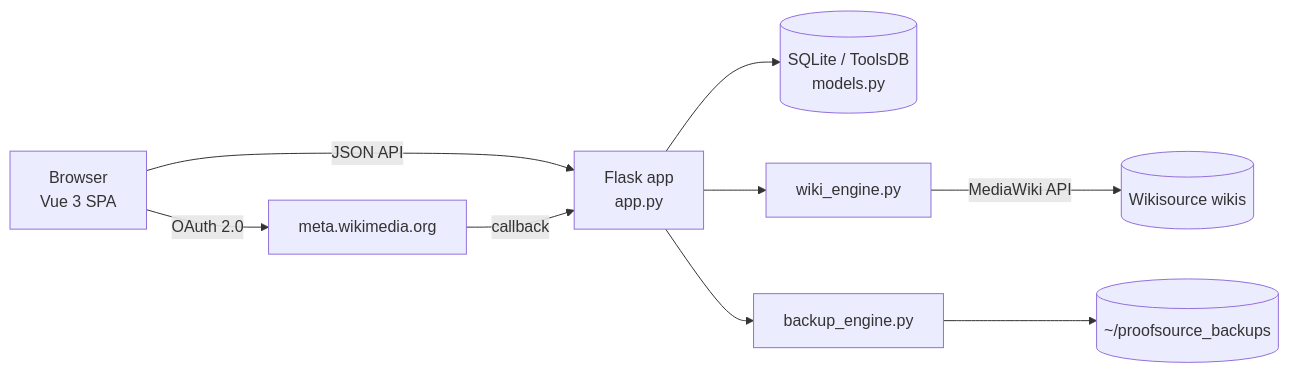
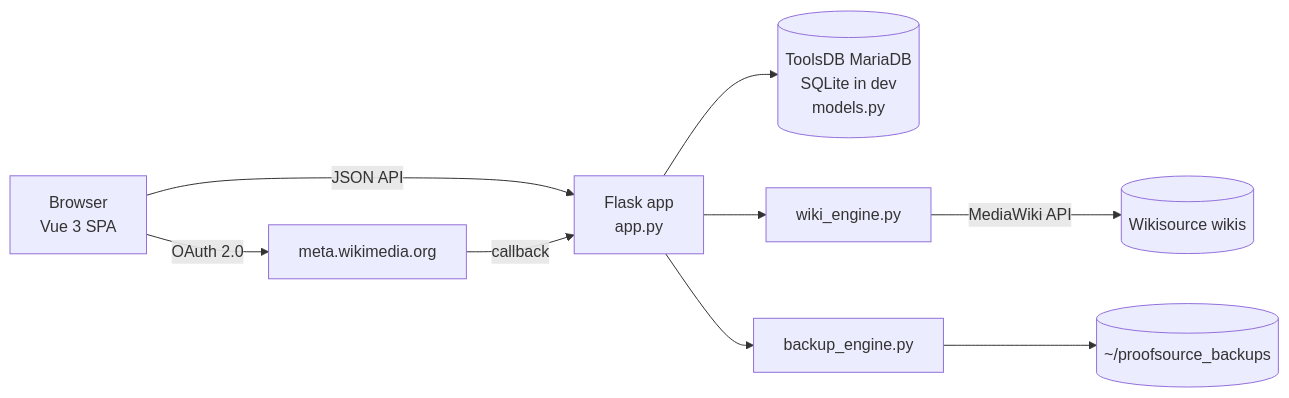
One commit to MSSakib03/ProofSource changed the first of 2 diagrams in ARCHITECTURE.md. Above: the diagram before and after it, drawn with Mermaid. The commit also changed other lines of this file and 7 other files, not shown here.

````diff
--- a/ARCHITECTURE.md
+++ b/ARCHITECTURE.md
@@ -41,11 +41,11 @@
 ```mermaid
 flowchart LR
     U[Browser<br/>Vue 3 SPA] -- JSON API --> F[Flask app<br/>app.py]
-    F --> DB[(SQLite / ToolsDB<br/>models.py)]
+    F --> DB[(ToolsDB MariaDB<br/>SQLite in dev<br/>models.py)]
     F --> W[wiki_engine.py]
     W -- MediaWiki API --> WS[(Wikisource wikis)]
     F --> B[backup_engine.py]
     B --> BK[(~/proofsource_backups)]
     U -- OAuth 2.0 --> M[meta.wikimedia.org]
     M -- callback --> F
 ```
````
